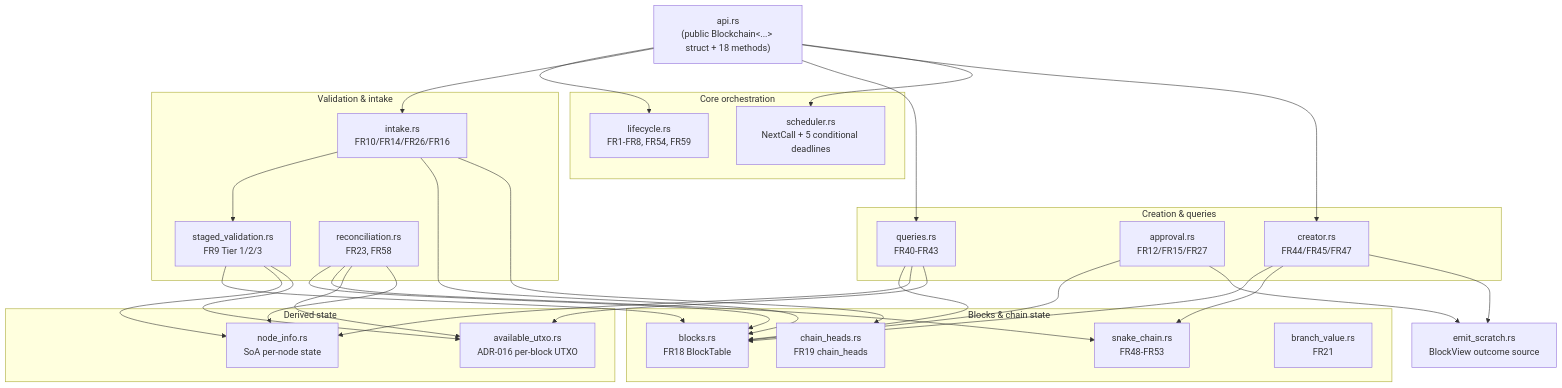
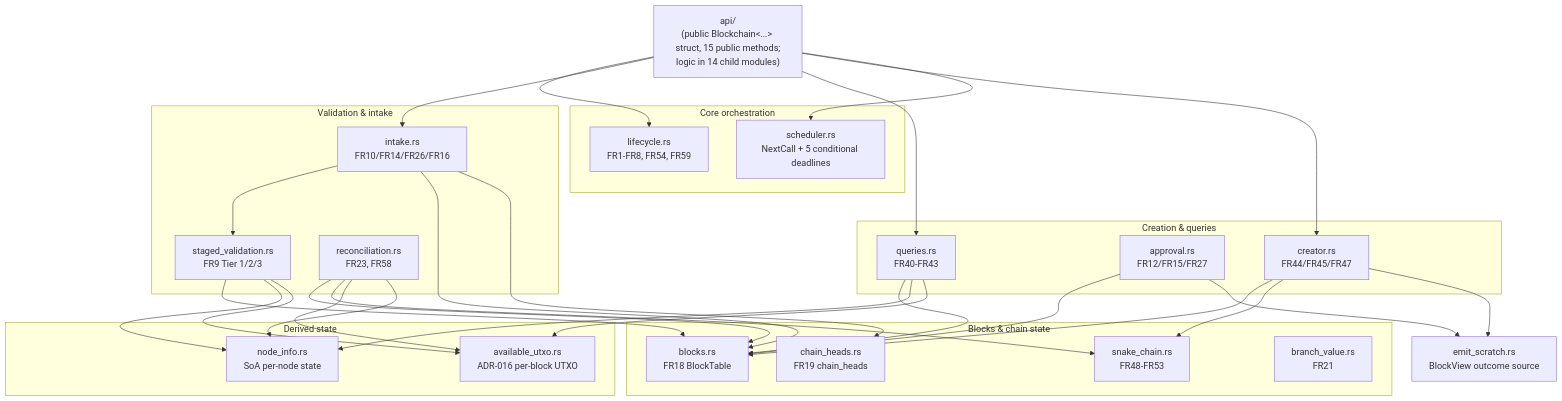
The third of 3 diagrams in moonblokz-blockchain-architecture.md (petersallai/moonblokz-info), drawn with Mermaid before and after one commit. The commit also changed other lines of this file and 2 other files, not shown here.

First line of the commit message:
docs(kb): Story 6.18 — api child modules (DEC-266)

````diff
--- a/moonblokz-blockchain-architecture.md
+++ b/moonblokz-blockchain-architecture.md
@@ -498,59 +498,59 @@
 ```mermaid
 graph TB
-    PublicAPI["api.rs<br/>(public Blockchain&lt;...&gt; struct + 18 methods)"]
+    PublicAPI["api/<br/>(public Blockchain&lt;...&gt; struct, 15 public methods;<br/>logic in 14 child modules)"]
 
     subgraph CoreOrch["Core orchestration"]
         Lifecycle["lifecycle.rs<br/>FR1-FR8, FR54, FR59"]
         Scheduler["scheduler.rs<br/>NextCall + 5 conditional deadlines"]
     end
 
     subgraph BlocksAndChain["Blocks & chain state"]
         Blocks["blocks.rs<br/>FR18 BlockTable"]
         ChainHeads["chain_heads.rs<br/>FR19 chain_heads"]
         SnakeChain["snake_chain.rs<br/>FR48-FR53"]
         BranchValue["branch_value.rs<br/>FR21"]
     end
 
     subgraph Validation["Validation & intake"]
         Intake["intake.rs<br/>FR10/FR14/FR26/FR16"]
         StagedValidation["staged_validation.rs<br/>FR9 Tier 1/2/3"]
         Reconciliation["reconciliation.rs<br/>FR23, FR58"]
     end
 
     subgraph DerivedState["Derived state"]
         NodeInfo["node_info.rs<br/>SoA per-node state"]
         AvailableUtxo["available_utxo.rs<br/>ADR-016 per-block UTXO"]
     end
 
     subgraph CreationQueries["Creation & queries"]
         Creator["creator.rs<br/>FR44/FR45/FR47"]
         Approval["approval.rs<br/>FR12/FR15/FR27"]
         Queries["queries.rs<br/>FR40-FR43"]
     end
 
     EmitScratch["emit_scratch.rs<br/>BlockView outcome source"]
 
     PublicAPI --> Lifecycle
     PublicAPI --> Intake
     PublicAPI --> Queries
     PublicAPI --> Creator
     PublicAPI --> Scheduler
     Intake --> StagedValidation
     Intake --> Blocks
     Intake --> ChainHeads
     StagedValidation --> Blocks
     StagedValidation --> NodeInfo
     StagedValidation --> AvailableUtxo
     Reconciliation --> Blocks
     Reconciliation --> SnakeChain
     Reconciliation --> AvailableUtxo
     Reconciliation --> NodeInfo
     Creator --> Blocks
     Creator --> SnakeChain
     Creator --> EmitScratch
     Approval --> Blocks
     Approval --> EmitScratch
     Queries --> Blocks
     Queries --> NodeInfo
     Queries --> AvailableUtxo
 ```
````
